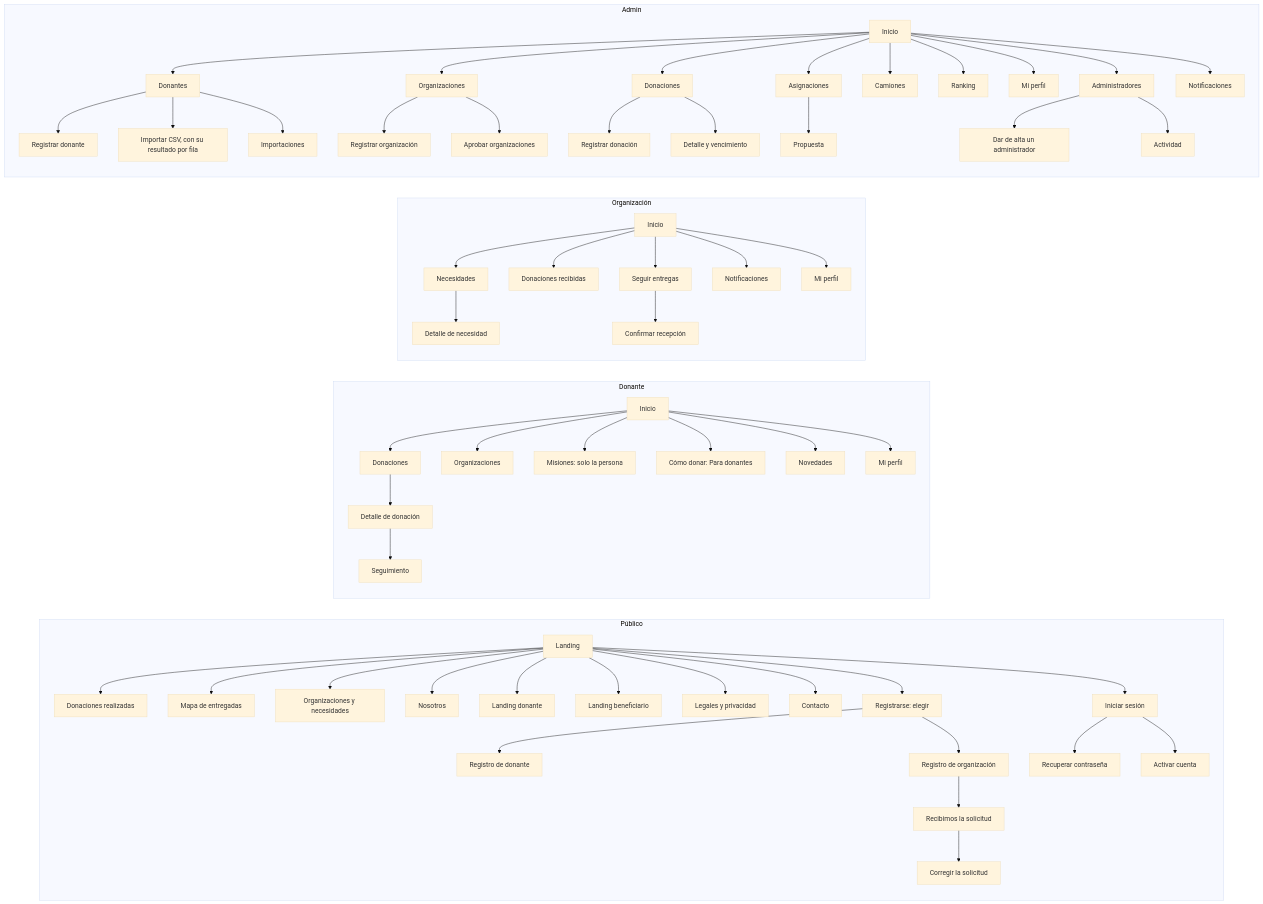
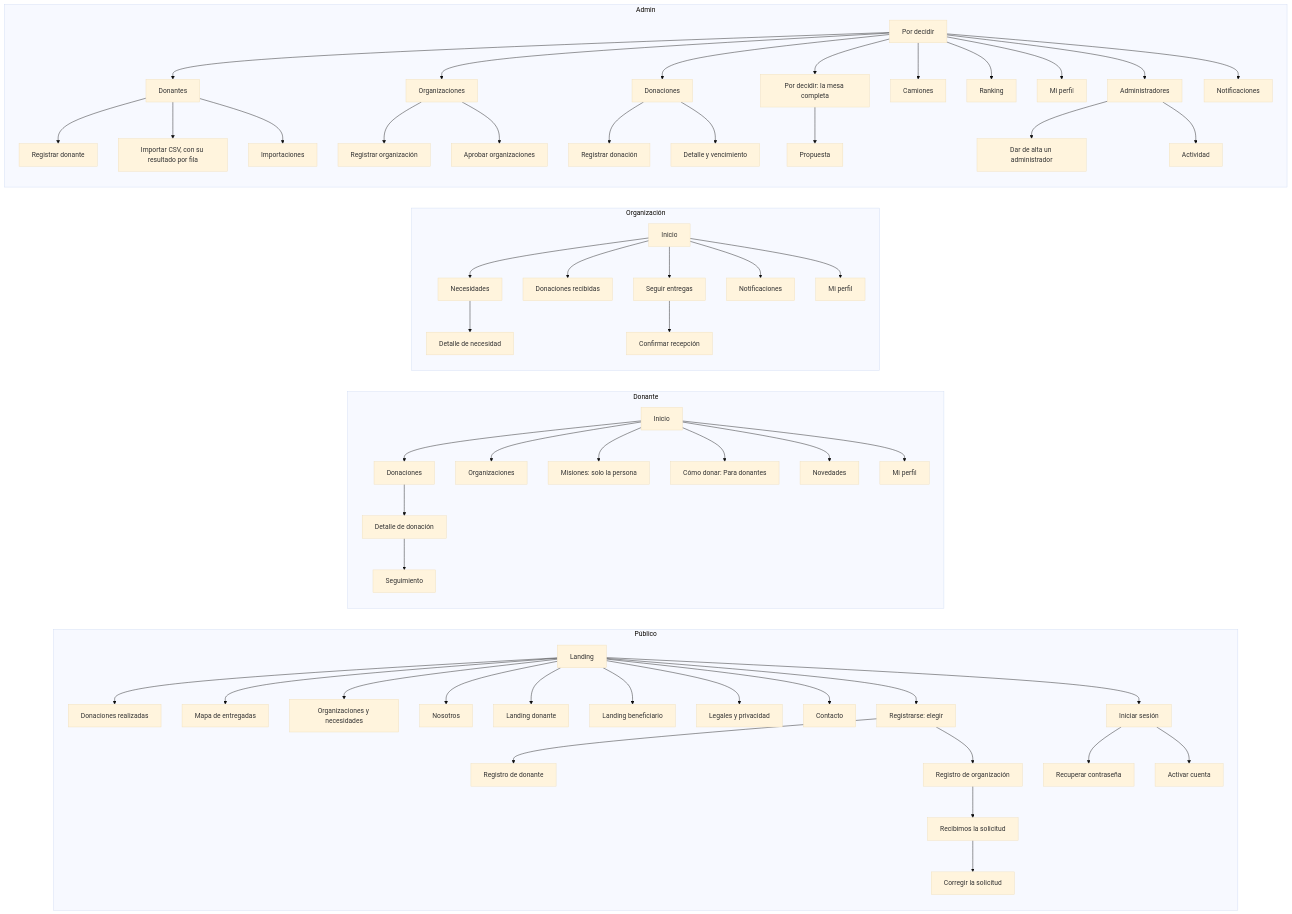
Before and after one commit to tsorren/DonaTrack-TP-DDS: the diagram in docs/interfaz/mapa-del-sitio.md, drawn with Mermaid (base theme). The commit also changed other lines of this file and 7 other files, not shown here.

````diff
--- a/docs/interfaz/mapa-del-sitio.md
+++ b/docs/interfaz/mapa-del-sitio.md
@@ -12,54 +12,54 @@
 ```mermaid
 flowchart LR
   subgraph Publico["Público"]
     L[Landing] --> DR[Donaciones realizadas]
     L --> MP[Mapa de entregadas]
     L --> EN[Organizaciones y necesidades]
     L --> NO[Nosotros]
     L --> LD[Landing donante]
     L --> LB[Landing beneficiario]
     L --> LG[Legales y privacidad]
     L --> CO[Contacto]
     L --> IS[Iniciar sesión]
     L --> RE[Registrarse: elegir]
     RE --> RD[Registro de donante]
     RE --> RN[Registro de organización]
     RN --> SS[Recibimos la solicitud] --> SC[Corregir la solicitud]
     IS --> RC[Recuperar contraseña]
     IS --> AC[Activar cuenta]
   end
   subgraph Donante
     ID[Inicio] --> MD[Donaciones] --> DD[Detalle de donación] --> SD[Seguimiento]
     ID --> BE[Organizaciones]
     ID --> MI[Misiones: solo la persona]
     ID --> CD[Cómo donar: Para donantes]
     ID --> ND[Novedades]
     ID --> PD[Mi perfil]
   end
   subgraph Entidad["Organización"]
     IE[Inicio] --> NE[Necesidades] --> DN[Detalle de necesidad]
     IE --> DRc[Donaciones recibidas]
     IE --> SE[Seguir entregas] --> CR[Confirmar recepción]
     IE --> NN[Notificaciones]
     IE --> PE[Mi perfil]
   end
   subgraph Admin
-    IA[Inicio] --> DOa[Donantes]
+    IA[Por decidir] --> DOa[Donantes]
     DOa --> RDo[Registrar donante]
     DOa --> CSV[Importar CSV, con su resultado por fila]
     IA --> ENa[Organizaciones]
     ENa --> REn[Registrar organización]
     ENa --> AE[Aprobar organizaciones]
     IA --> DO[Donaciones]
     DO --> RDn[Registrar donación]
     DO --> DV[Detalle y vencimiento]
-    IA --> AS[Asignaciones] --> PR[Propuesta]
+    IA --> AS[Por decidir: la mesa completa] --> PR[Propuesta]
     IA --> CA[Camiones]
     IA --> RK[Ranking]
     IA --> PA[Mi perfil]
     IA --> AD[Administradores] --> AN[Dar de alta un administrador]
     AD --> ACT[Actividad]
     IA --> NA[Notificaciones]
     DOa --> IM[Importaciones]
   end
 ```
````
